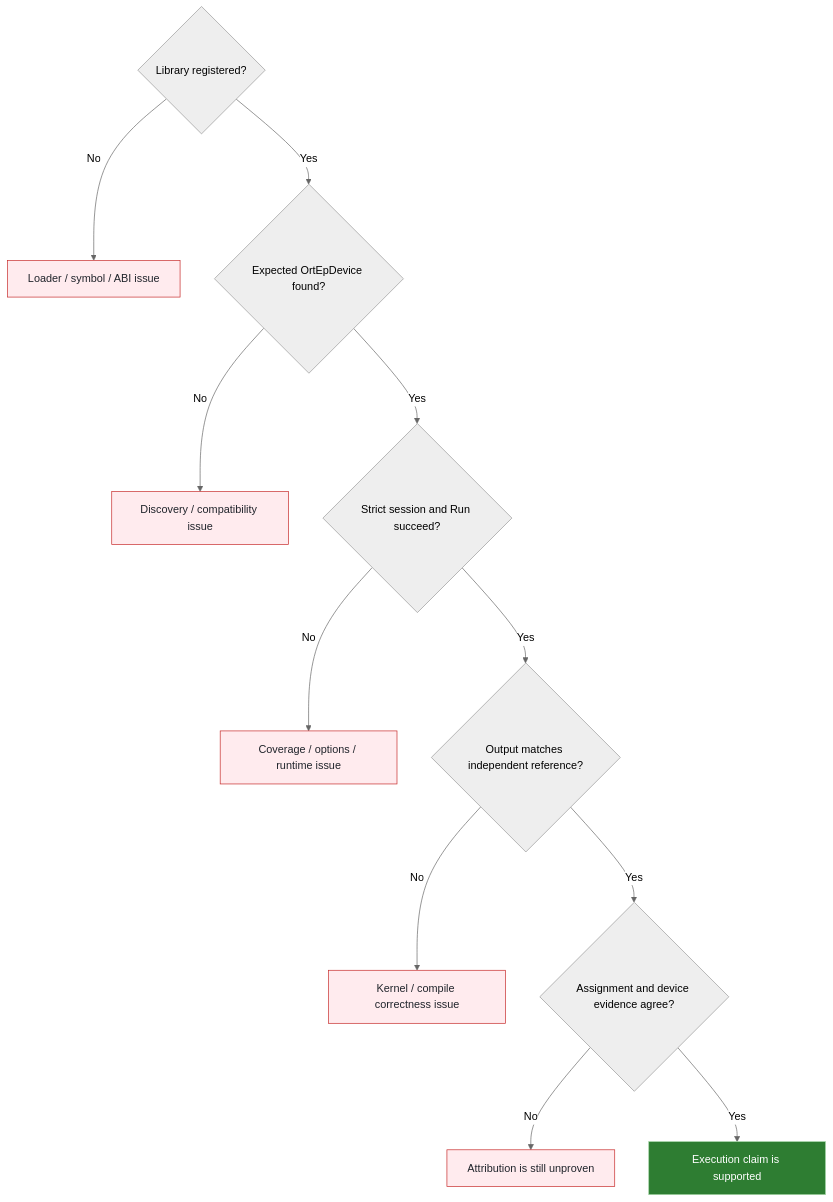
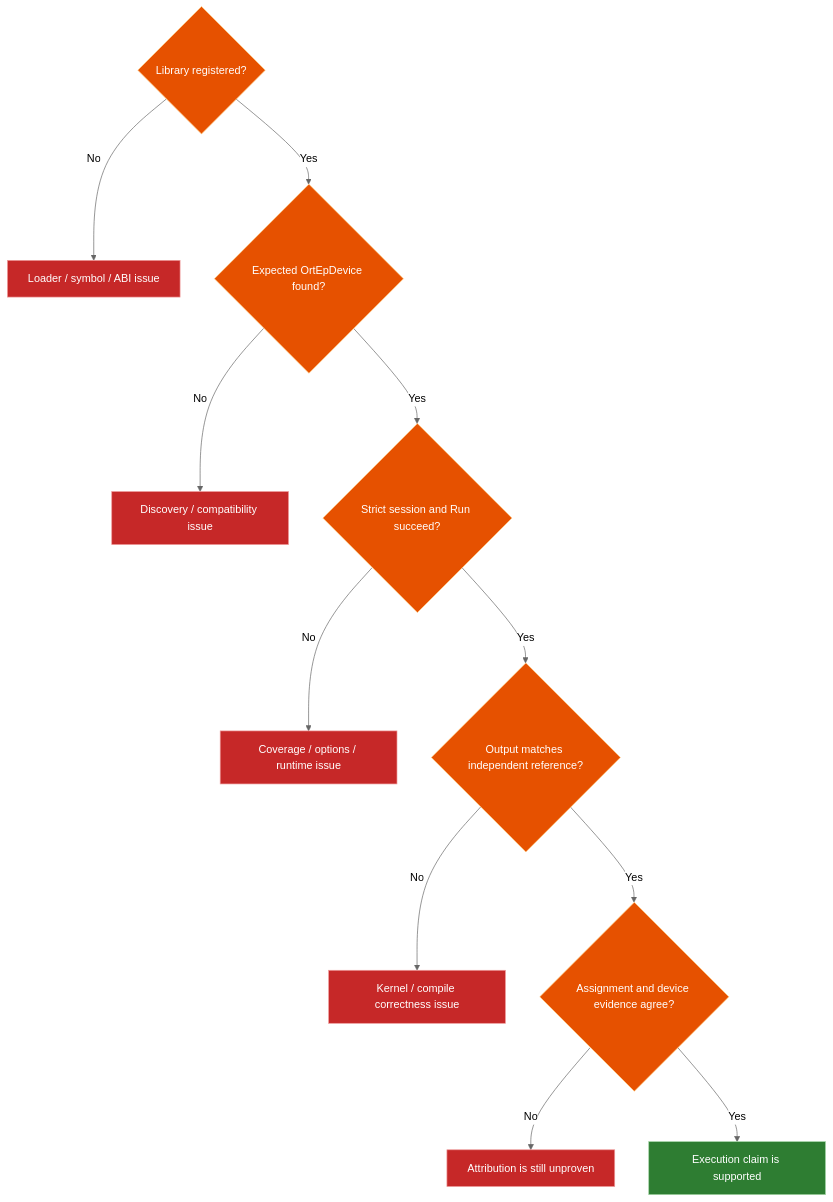
Before and after one commit to DakeQQ/Tutorial-ONNX-Runtime-Execution-Providers: diagram 12 of 13 in PluginEP/README.md, drawn with Mermaid (neutral theme). The commit also changed other lines of this file and 15 other files, not shown here.

````diff
--- a/PluginEP/README.md
+++ b/PluginEP/README.md
@@ -477,17 +481,20 @@
 ```mermaid
 flowchart TD
     A{"Library registered?"} -->|No| A0["Loader / symbol / ABI issue"]
     A -->|Yes| B{"Expected OrtEpDevice found?"}
     B -->|No| B0["Discovery / compatibility issue"]
     B -->|Yes| C{"Strict session and Run succeed?"}
     C -->|No| C0["Coverage / options / runtime issue"]
     C -->|Yes| D{"Output matches independent reference?"}
     D -->|No| D0["Kernel / compile correctness issue"]
     D -->|Yes| E{"Assignment and device evidence agree?"}
     E -->|No| E0["Attribution is still unproven"]
     E -->|Yes| PASS["Execution claim is supported"]
 
-    style PASS fill:#2e7d32,stroke:#a5d6a7,color:#ffffff
-    classDef fail fill:#ffebee,stroke:#c62828,color:#20242b
-    class A0,B0,C0,D0,E0 fail
+    class A,B,C,D,E orange
+    class A0,B0,C0,D0,E0 red
+    class PASS green
+    classDef orange fill:#e65100,stroke:#ffcc80,color:#ffffff
+    classDef red fill:#c62828,stroke:#ef9a9a,color:#ffffff
+    classDef green fill:#2e7d32,stroke:#a5d6a7,color:#ffffff
 ```
````
